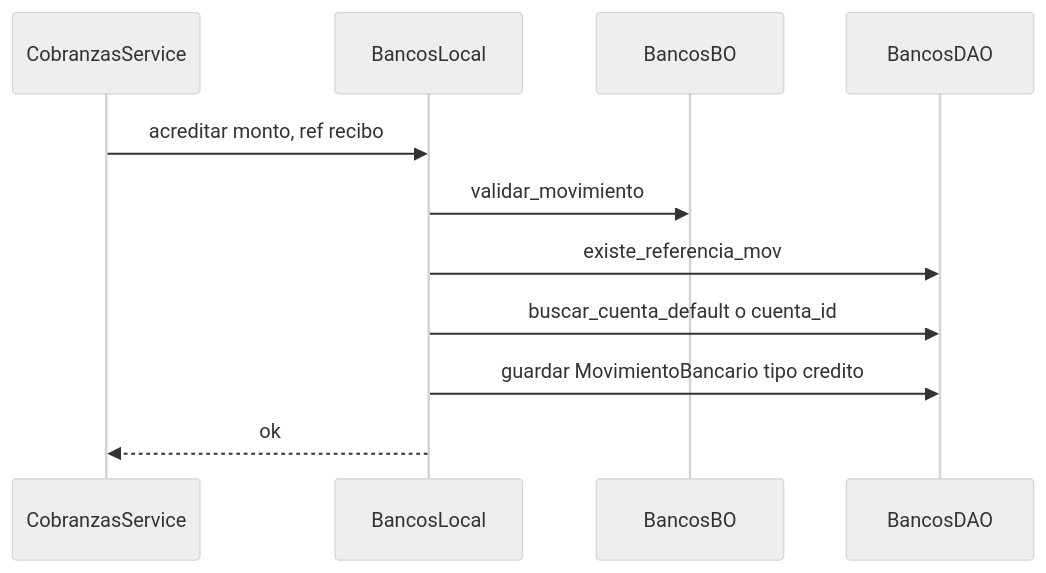
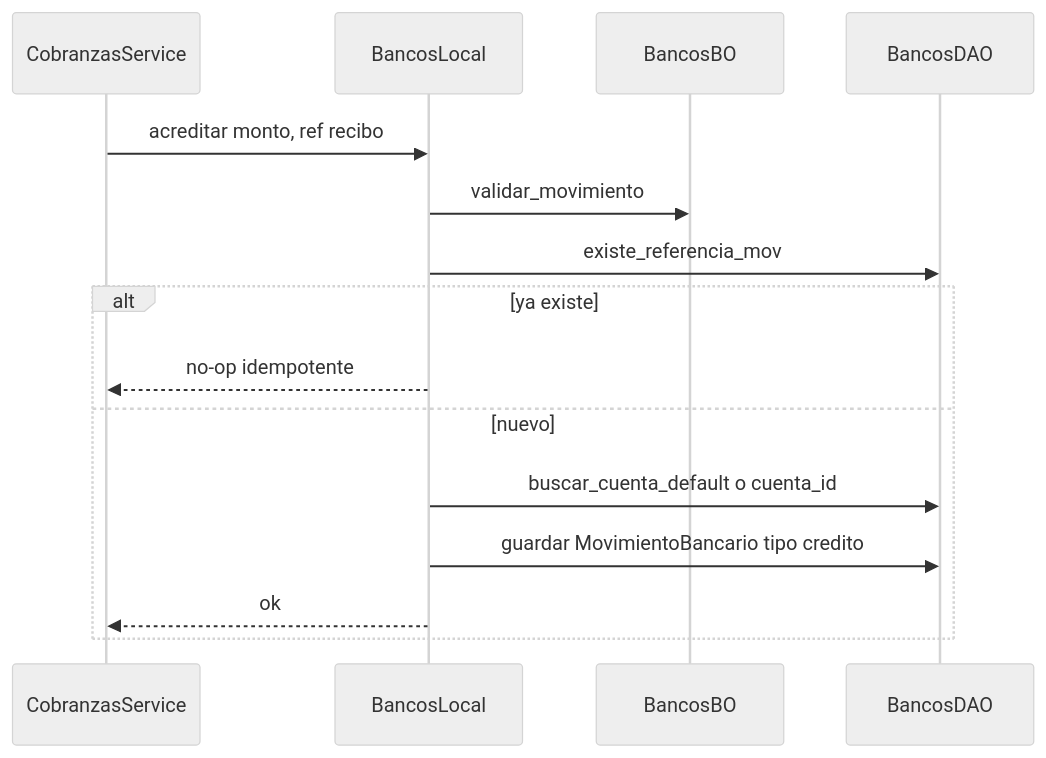
Before and after one commit to estsan3/ventas360-api: the first of 3 diagrams in docs/diagramas/bancos.md, drawn with Mermaid (neutral theme). The commit also changed other lines of this file and 21 other files, not shown here.

First line of the commit message:
docs: diagramas de secuencia por módulo (sync 2026-10-28)

````diff
--- a/docs/diagramas/bancos.md
+++ b/docs/diagramas/bancos.md
@@ -8,14 +10,18 @@
 ```mermaid
 sequenceDiagram
     participant Cobranzas as CobranzasService
     participant Bancos as BancosLocal
     participant BO as BancosBO
     participant DAO as BancosDAO
 
     Cobranzas->>Bancos: acreditar monto, ref recibo
     Bancos->>BO: validar_movimiento
     Bancos->>DAO: existe_referencia_mov
-    Bancos->>DAO: buscar_cuenta_default o cuenta_id
-    Bancos->>DAO: guardar MovimientoBancario tipo credito
-    Bancos-->>Cobranzas: ok
+    alt ya existe
+        Bancos-->>Cobranzas: no-op idempotente
+    else nuevo
+        Bancos->>DAO: buscar_cuenta_default o cuenta_id
+        Bancos->>DAO: guardar MovimientoBancario tipo credito
+        Bancos-->>Cobranzas: ok
+    end
 ```
````
